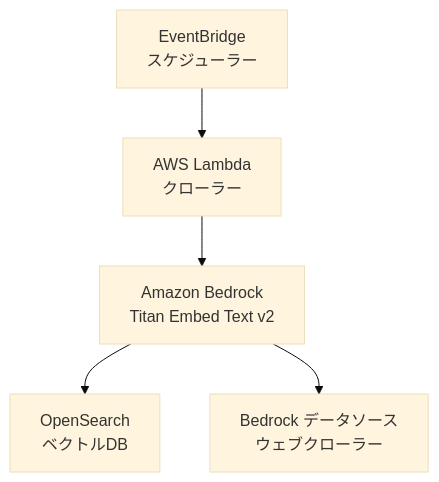
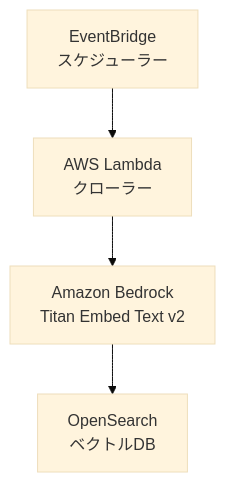
Before and after one commit to kohei39san/mystudy-handson: the diagram in 014.bedrock-webcrawler/README.md, drawn with Mermaid (base theme). The commit also changed other lines of this file and 2 other files, not shown here.

First line of the commit message:
refactor: improve knowledge base architecture docs and templates

````diff
--- a/014.bedrock-webcrawler/README.md
+++ b/014.bedrock-webcrawler/README.md
@@ -9,7 +9,6 @@
 ```mermaid
 graph TB
     Bedrock[Amazon Bedrock<br/>Titan Embed Text v2] --> OpenSearch[OpenSearch<br/>ベクトルDB]
     EventBridge[EventBridge<br/>スケジューラー] --> Lambda[AWS Lambda<br/>クローラー]
     Lambda --> Bedrock
-    Bedrock --> WebCrawler[Bedrock データソース<br/>ウェブクローラー]
 ```
````
